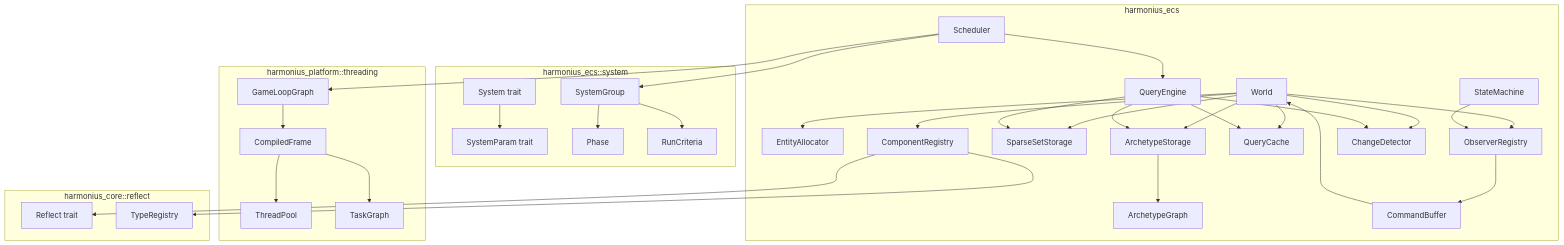
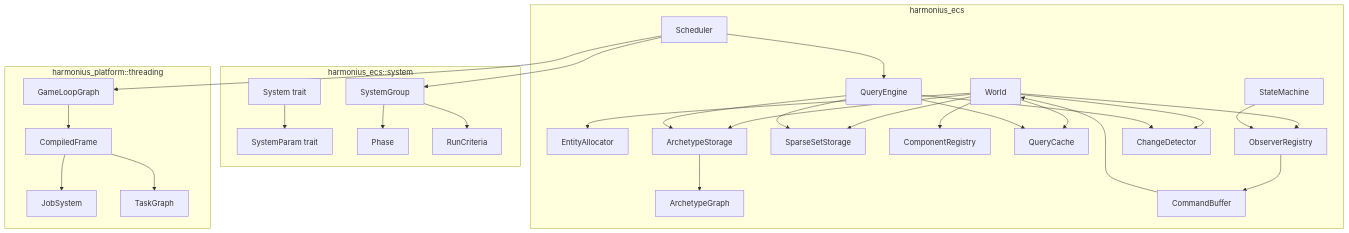
One commit to harmonius-dev/harmonius changed the first of 9 diagrams in docs/design/core-runtime/ecs.md. Above: the diagram before and after it, drawn with Mermaid. The commit also changed other lines of this file and 174 other files, not shown here.

````diff
--- a/docs/design/core-runtime/ecs.md
+++ b/docs/design/core-runtime/ecs.md
@@ -128,68 +139,61 @@
 ```mermaid
 graph TD
     subgraph "harmonius_ecs"
         W[World]
         EA[EntityAllocator]
         AS[ArchetypeStorage]
         AG[ArchetypeGraph]
         SS[SparseSetStorage]
         CR[ComponentRegistry]
         QC[QueryCache]
         QE[QueryEngine]
         SC[Scheduler]
         CB[CommandBuffer]
         OB[ObserverRegistry]
         CD[ChangeDetector]
         SM[StateMachine]
     end
 
     subgraph "harmonius_ecs::system"
         SY[System trait]
         SP[SystemParam trait]
         SG[SystemGroup]
         PH[Phase]
         RC[RunCriteria]
     end
 
     subgraph "harmonius_platform::threading"
-        TP[ThreadPool]
+        JS[JobSystem]
         TG[TaskGraph]
         GLG[GameLoopGraph]
         CF[CompiledFrame]
-    end
-
-    subgraph "harmonius_core::reflect"
-        RF[Reflect trait]
-        TR[TypeRegistry]
     end
 
     W --> EA
     W --> AS
     W --> SS
     W --> CR
     W --> QC
     W --> OB
     W --> CD
 
     AS --> AG
-    CR --> RF
-    CR --> TR
     QE --> QC
     QE --> AS
     QE --> SS
     QE --> CD
 
     SC --> GLG
     GLG --> CF
     CF --> TG
-    CF --> TP
+    CF --> JS
     SC --> SG
     SC --> QE
     SG --> PH
     SG --> RC
 
     CB --> W
     OB --> CB
     SM --> OB
     SY --> SP
 ```
````
